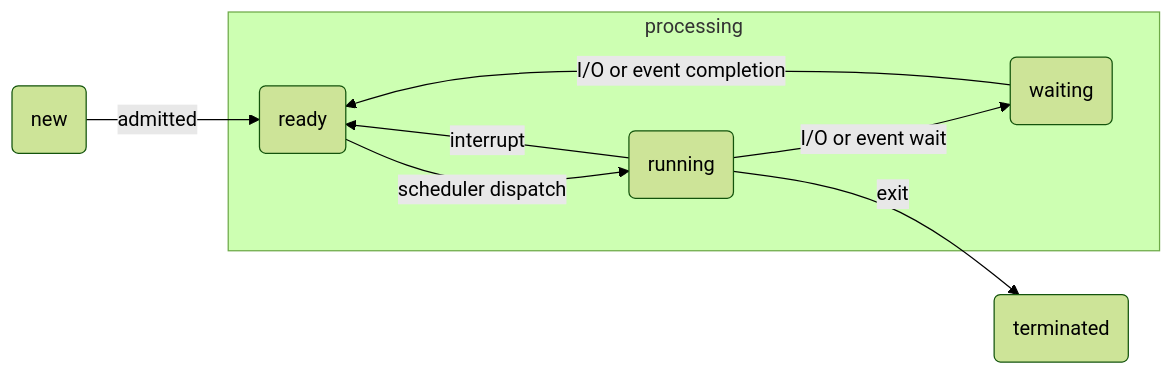
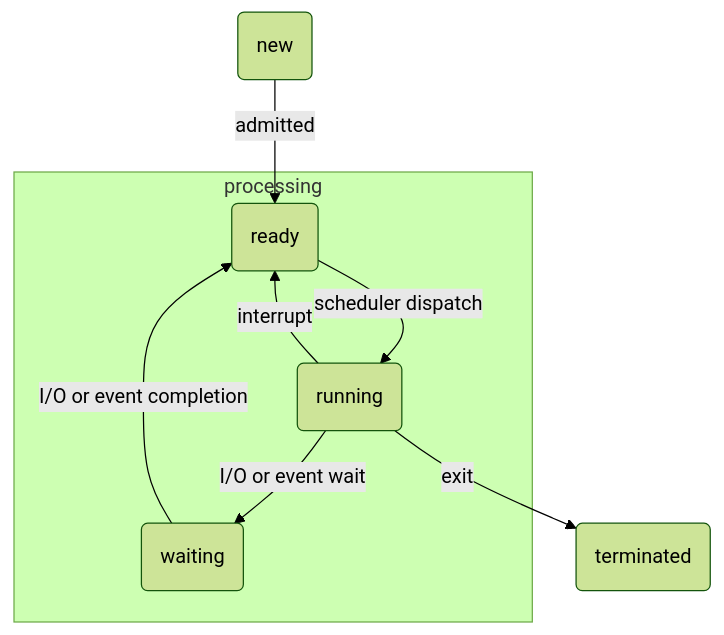
The diagram in _posts/computer/operating_system/2021-12-24-process-management.md (YCChenVictor/blog-frontend), drawn with Mermaid (forest theme) before and after one commit. The commit also changed other lines of this file and 24 other files, not shown here.

```diff
--- a/_posts/computer/operating_system/2021-12-24-process-management.md
+++ b/_posts/computer/operating_system/2021-12-24-process-management.md
@@ -23,13 +23,13 @@
 <div class="mermaid">
-graph LR
+graph TB
   id1(new) --admitted--> id2(ready)
   
   subgraph processing
     id2(ready) --scheduler dispatch--> id3(running)
     id3(running) --interrupt--> id2(ready)
     id3(running) --I/O or event wait--> id5(waiting)
     id5(waiting) --I/O or event completion--> id2(ready)
   end
 
   id3(running) --exit--> id4(terminated)
 </div>
```
